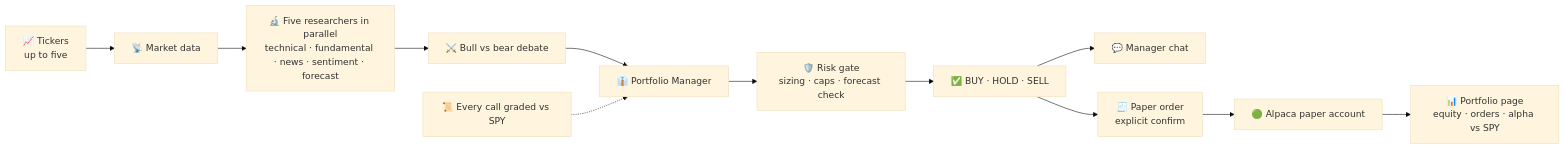
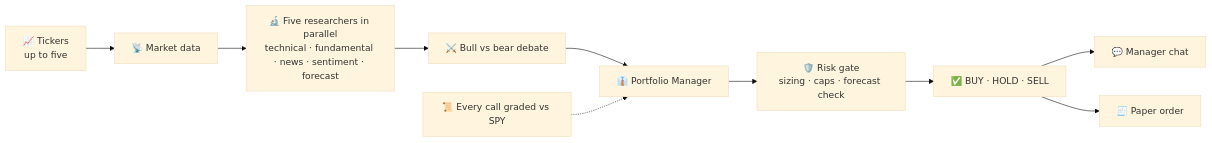
Before and after one commit to kingabzpro/BetterTradingAgents: the diagram in README.md, drawn with Mermaid (base theme).

Commit message:
End the README diagram at the decision: drop the broker tail

````diff
--- a/README.md
+++ b/README.md
@@ -56,14 +56,12 @@
 ```mermaid
 flowchart LR
     T["📈 Tickers<br/>up to five"] --> D["📡 Market data"]
     D --> S["🔬 Five researchers in parallel<br/>technical · fundamental · news · sentiment · forecast"]
     S --> B["⚔️ Bull vs bear debate"]
     B --> PM["👔 Portfolio Manager"]
     TR["📜 Every call graded vs SPY"] -.-> PM
     PM --> RG["🛡️ Risk gate<br/>sizing · caps · forecast check"]
     RG --> OUT["✅ BUY · HOLD · SELL"]
     OUT --> C["💬 Manager chat"]
-    OUT --> O["🧾 Paper order<br/>explicit confirm"]
-    O --> A["🟢 Alpaca paper account"]
-    A --> P["📊 Portfolio page<br/>equity · orders · alpha vs SPY"]
+    OUT --> O["🧾 Paper order"]
 ```
````
